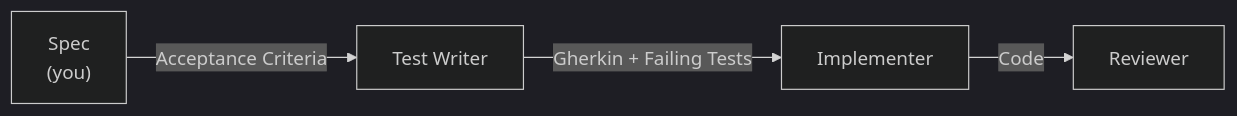
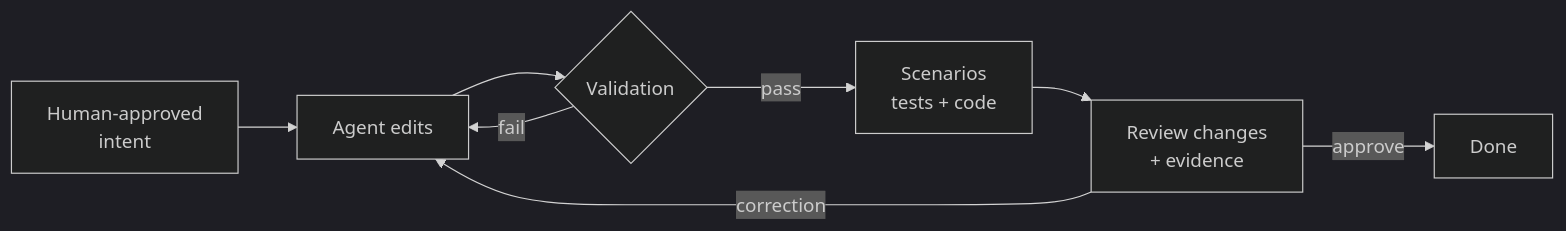
Before and after one commit to RLittlesII/talks: the third of 4 diagrams in sdlc/specification-driven-development/slides/slides.md, drawn with Mermaid (dark theme). The commit also changed other lines of this file and 3 other files, not shown here.

````diff
--- a/sdlc/specification-driven-development/slides/slides.md
+++ b/sdlc/specification-driven-development/slides/slides.md
@@ -310,6 +747,10 @@
-```mermaid {theme: 'neutral', scale: 0.65}
+```mermaid {theme: 'neutral', scale: 0.68}
 graph LR
-SPEC["Spec<br/>(you)"] -->|Acceptance Criteria| TEST["Test Writer"]
-TEST -->|Gherkin + Failing Tests| IMPL["Implementer"]
-IMPL -->|Code| REV["Reviewer"]
+H["Human-approved<br/>intent"] --> A["Agent edits"]
+A --> V{"Validation"}
+V -->|fail| A
+V -->|pass| T["Scenarios<br/>tests + code"]
+T --> R["Review changes<br/>+ evidence"]
+R -->|approve| D[Done]
+R -->|correction| A
 ```
````
